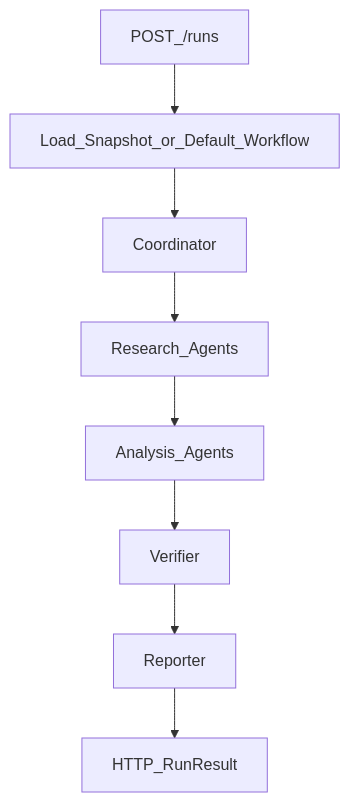
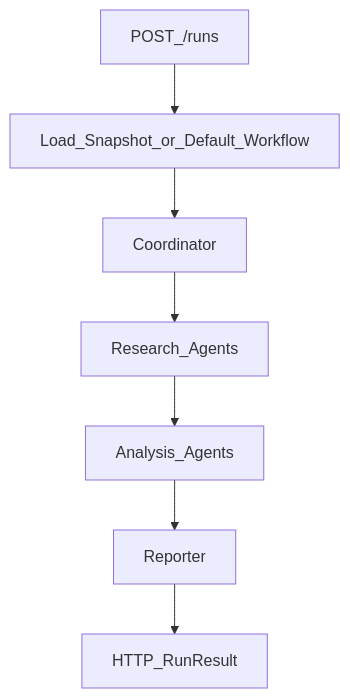
One commit to yuanjungod/DD_project changed the second of 2 diagrams in docs/architecture.md. Above: the diagram before and after it, drawn with Mermaid. The commit also changed other lines of this file and 58 other files, not shown here.

````diff
--- a/docs/architecture.md
+++ b/docs/architecture.md
@@ -84,10 +83,9 @@
 ```mermaid
 flowchart TD
   Start[POST_/runs] --> LoadConfig[Load_Snapshot_or_Default_Workflow]
   LoadConfig --> Coordinator[Coordinator]
   Coordinator --> Research[Research_Agents]
   Research --> Analyze[Analysis_Agents]
-  Analyze --> Verify[Verifier]
-  Verify --> Report[Reporter]
+  Analyze --> Report[Reporter]
   Report --> Respond[HTTP_RunResult]
 ```
````
